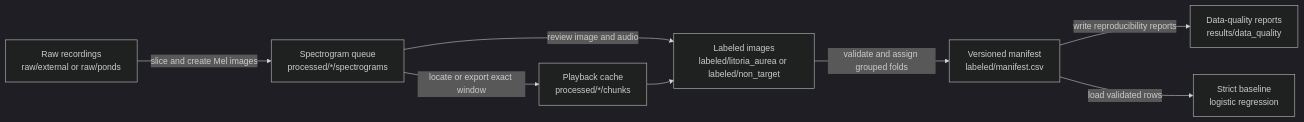
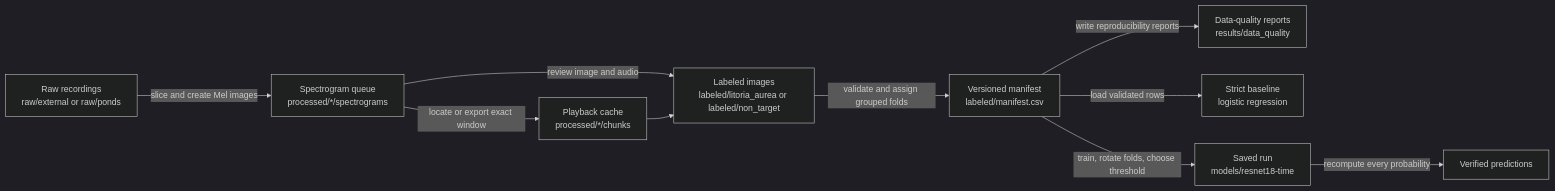
Before and after one commit to AbhishekRajGhimire/frog-bioacoustics: the diagram in docs/architecture.md, drawn with Mermaid (dark theme). The commit also changed other lines of this file and 4 other files, not shown here.

````diff
--- a/docs/architecture.md
+++ b/docs/architecture.md
@@ -8,10 +8,12 @@
 ```mermaid
 flowchart LR
   A["Raw recordings<br/>raw/external or raw/ponds"] -->|"slice and create Mel images"| B["Spectrogram queue<br/>processed/*/spectrograms"]
   B -->|"review image and audio"| C["Labeled images<br/>labeled/litoria_aurea or labeled/non_target"]
   B -->|"locate or export exact window"| G["Playback cache<br/>processed/*/chunks"]
   G --> C
   C -->|"validate and assign grouped folds"| D["Versioned manifest<br/>labeled/manifest.csv"]
   D -->|"write reproducibility reports"| R["Data-quality reports<br/>results/data_quality"]
   D -->|"load validated rows"| E["Strict baseline<br/>logistic regression"]
+  D -->|"train, rotate folds, choose threshold"| M["Saved run<br/>models/resnet18-time"]
+  M -->|"recompute every probability"| V["Verified predictions"]
 ```
````
